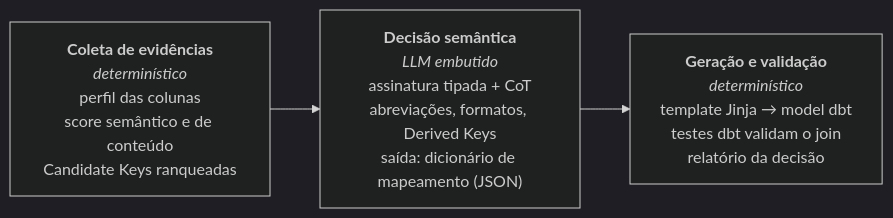
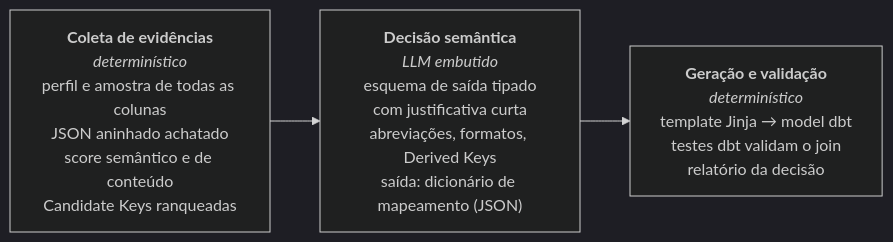
Before and after one commit to LuizaMaluf/Integracao-de-Dados-com-Modelos-de-Linguagem: the first of 2 diagrams in docs/tcc/proposta.md, drawn with Mermaid (dark theme). The commit also changed other lines of this file and 1 other file, not shown here.

````diff
--- a/docs/tcc/proposta.md
+++ b/docs/tcc/proposta.md
@@ -38,7 +39,7 @@
 ```mermaid
 flowchart LR
-    A["<b>Coleta de evidências</b><br/><i>determinístico</i><br/>perfil das colunas<br/>score semântico e de conteúdo<br/>Candidate Keys ranqueadas"]
-    B["<b>Decisão semântica</b><br/><i>LLM embutido</i><br/>assinatura tipada + CoT<br/>abreviações, formatos, Derived Keys<br/>saída: dicionário de mapeamento (JSON)"]
+    A["<b>Coleta de evidências</b><br/><i>determinístico</i><br/>perfil e amostra de todas as colunas<br/>JSON aninhado achatado<br/>score semântico e de conteúdo<br/>Candidate Keys ranqueadas"]
+    B["<b>Decisão semântica</b><br/><i>LLM embutido</i><br/>esquema de saída tipado<br/>com justificativa curta<br/>abreviações, formatos, Derived Keys<br/>saída: dicionário de mapeamento (JSON)"]
     C["<b>Geração e validação</b><br/><i>determinístico</i><br/>template Jinja → model dbt<br/>testes dbt validam o join<br/>relatório da decisão"]
     A --> B --> C
 ```
````
